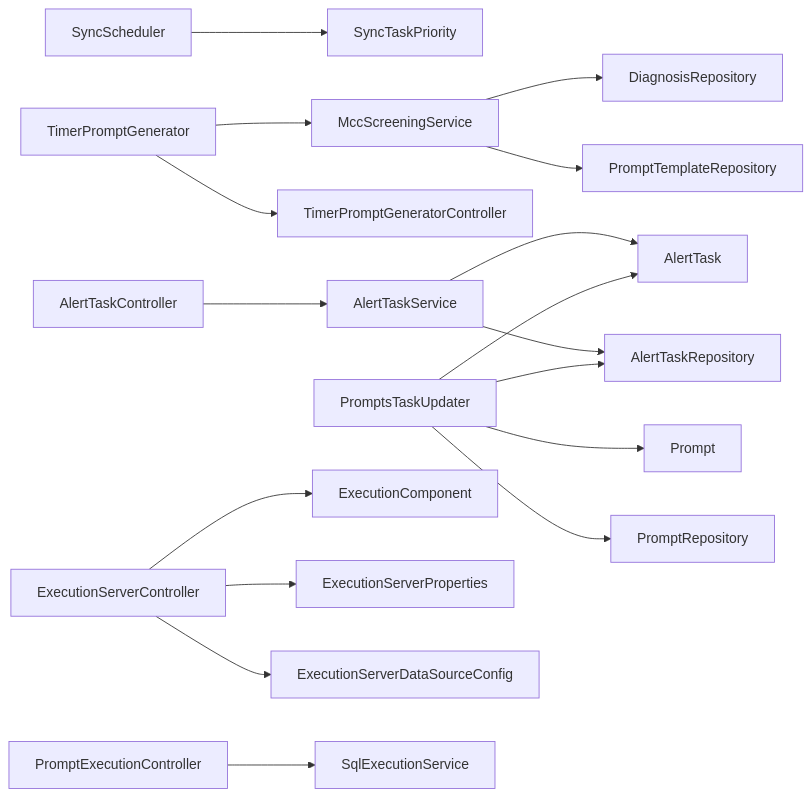
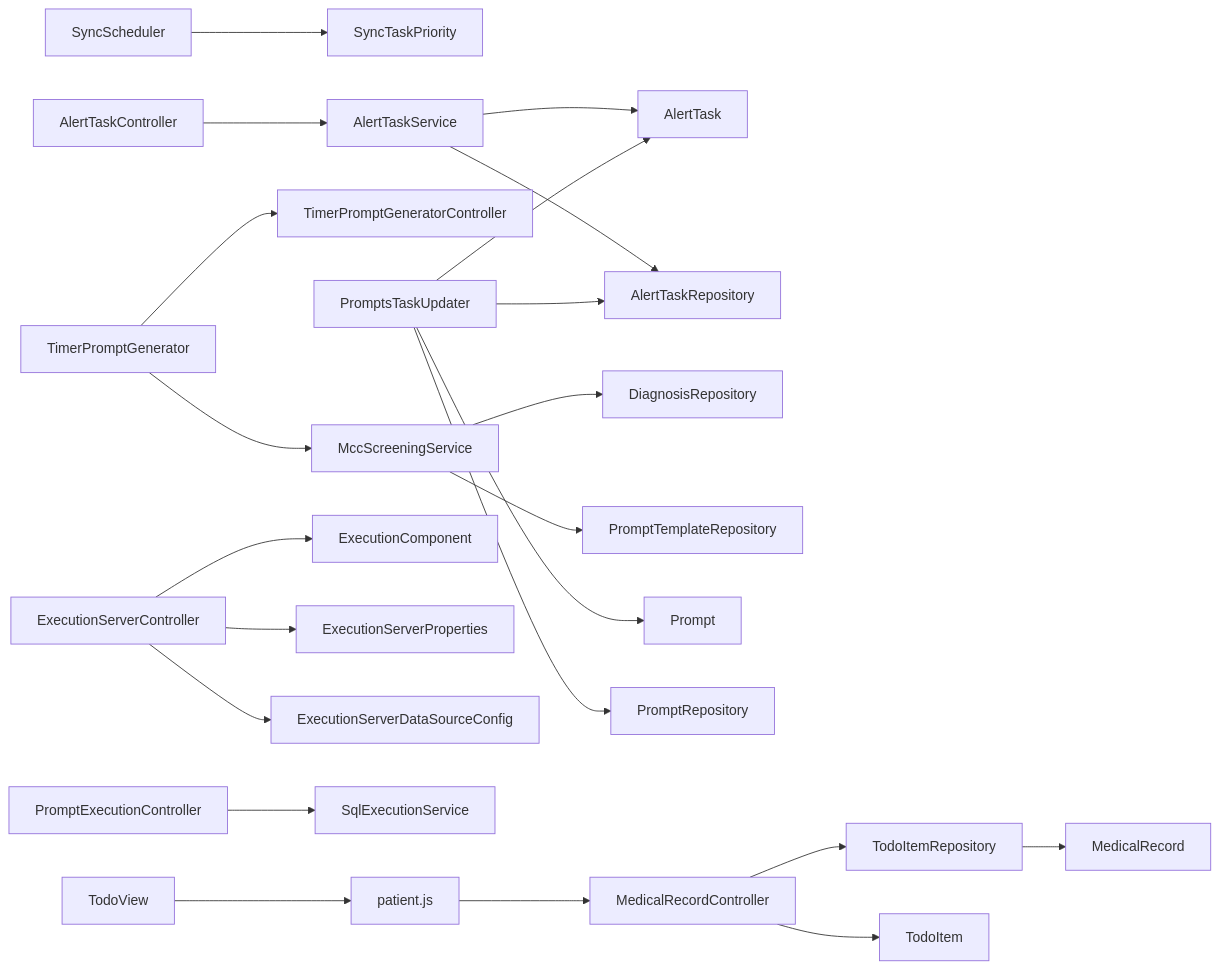
Before and after one commit to liuzh2008/med_ai_assistant_workspace: diagram 16 of 16 in .qoder/repowiki/zh/content/核心功能模块/任务调度系统.md, drawn with Mermaid. The commit also changed other lines of this file and 5 other files, not shown here.

````diff
--- a/.qoder/repowiki/zh/content/核心功能模块/任务调度系统.md
+++ b/.qoder/repowiki/zh/content/核心功能模块/任务调度系统.md
@@ -573,19 +699,24 @@
 ```mermaid
 graph LR
 SS["SyncScheduler"] --> STP["SyncTaskPriority"]
 ATS["AlertTaskService"] --> AT["AlertTask"]
 ATS --> ATR["AlertTaskRepository"]
 TPG["TimerPromptGenerator"] --> TPCC["TimerPromptGeneratorController"]
 TPG --> MSS["MccScreeningService"]
 MSS --> DR["DiagnosisRepository"]
 MSS --> PTR["PromptTemplateRepository"]
 PTU["PromptsTaskUpdater"] --> AT["AlertTask"]
 PTU --> PT["Prompt"]
 PTU --> ATR["AlertTaskRepository"]
 PTU --> PR["PromptRepository"]
 ESC["ExecutionServerController"] --> EC["ExecutionComponent"]
 ESC --> ESP["ExecutionServerProperties"]
 ESC --> ESDC["ExecutionServerDataSourceConfig"]
 ATC["AlertTaskController"] --> ATS
 PEC["PromptExecutionController"] --> SQE["SqlExecutionService"]
+MRCT["MedicalRecordController"] --> TIR["TodoItemRepository"]
+MRCT --> TI["TodoItem"]
+TIR --> MR["MedicalRecord"]
+TV["TodoView"] --> PJ["patient.js"]
+PJ --> MRCT
 ```
````
